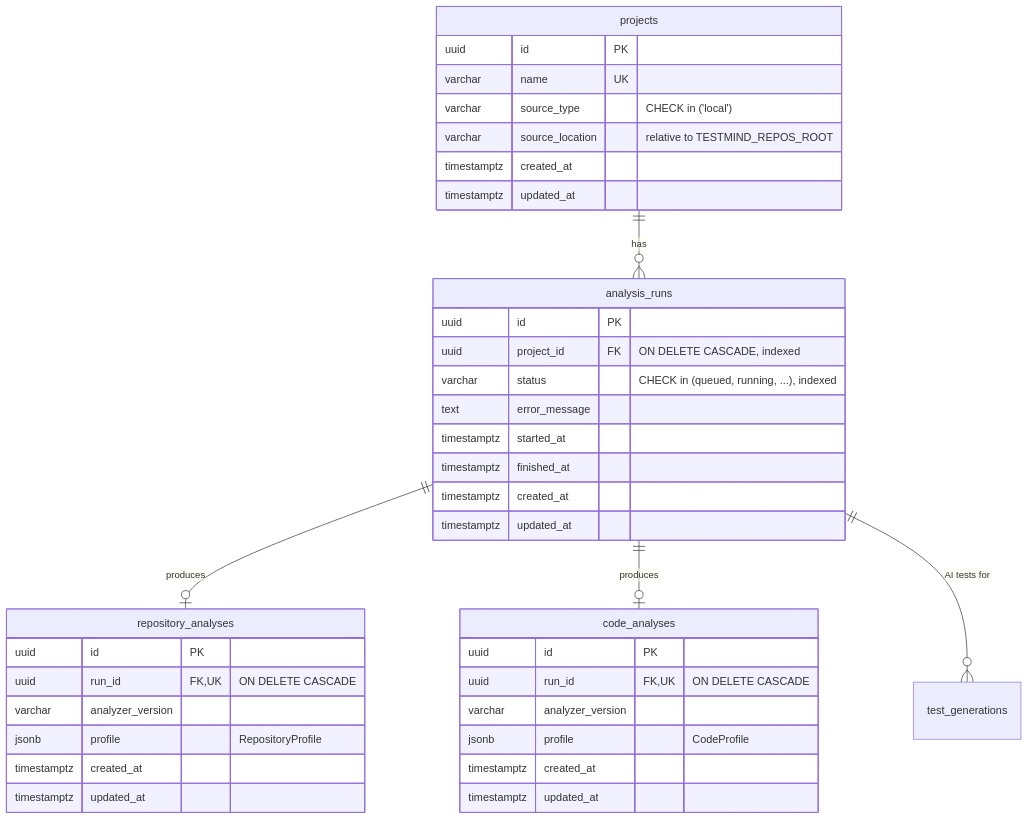
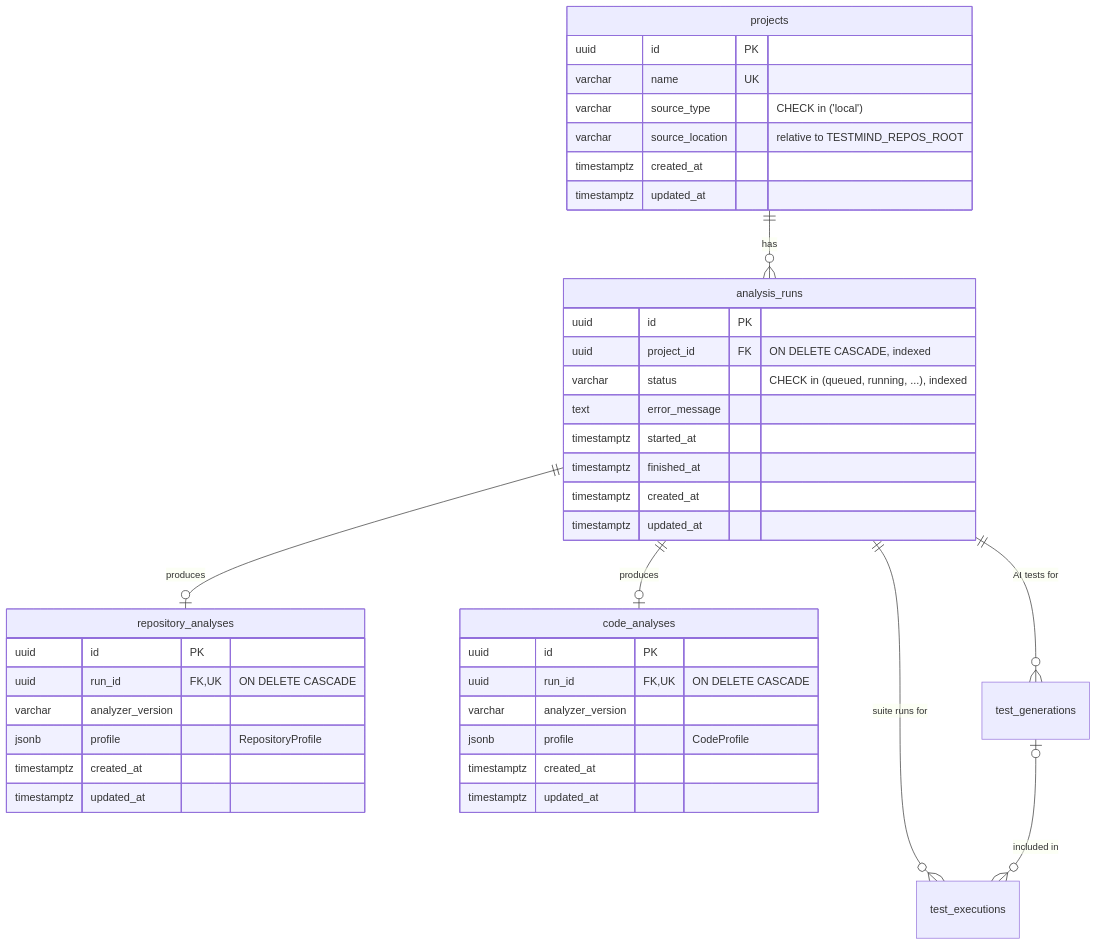
One commit to AAli-gh/AI-Powered-Software-Testing-Platform changed the fourth of 4 diagrams in docs/architecture.md. Above: the diagram before and after it, drawn with Mermaid. The commit also changed other lines of this file and 53 other files, not shown here.

````diff
--- a/docs/architecture.md
+++ b/docs/architecture.md
@@ -129,41 +130,43 @@
 ```mermaid
 erDiagram
     projects ||--o{ analysis_runs : has
     analysis_runs ||--o| repository_analyses : produces
     analysis_runs ||--o| code_analyses : produces
     analysis_runs ||--o{ test_generations : "AI tests for"
+    analysis_runs ||--o{ test_executions : "suite runs for"
+    test_generations |o--o{ test_executions : "included in"
     projects {
         uuid id PK
         varchar name UK
         varchar source_type "CHECK in ('local')"
         varchar source_location "relative to TESTMIND_REPOS_ROOT"
         timestamptz created_at
         timestamptz updated_at
     }
     analysis_runs {
         uuid id PK
         uuid project_id FK "ON DELETE CASCADE, indexed"
         varchar status "CHECK in (queued, running, ...), indexed"
         text error_message
         timestamptz started_at
         timestamptz finished_at
         timestamptz created_at
         timestamptz updated_at
     }
     repository_analyses {
         uuid id PK
         uuid run_id FK,UK "ON DELETE CASCADE"
         varchar analyzer_version
         jsonb profile "RepositoryProfile"
         timestamptz created_at
         timestamptz updated_at
     }
     code_analyses {
         uuid id PK
         uuid run_id FK,UK "ON DELETE CASCADE"
         varchar analyzer_version
         jsonb profile "CodeProfile"
         timestamptz created_at
         timestamptz updated_at
     }
 ```
````
